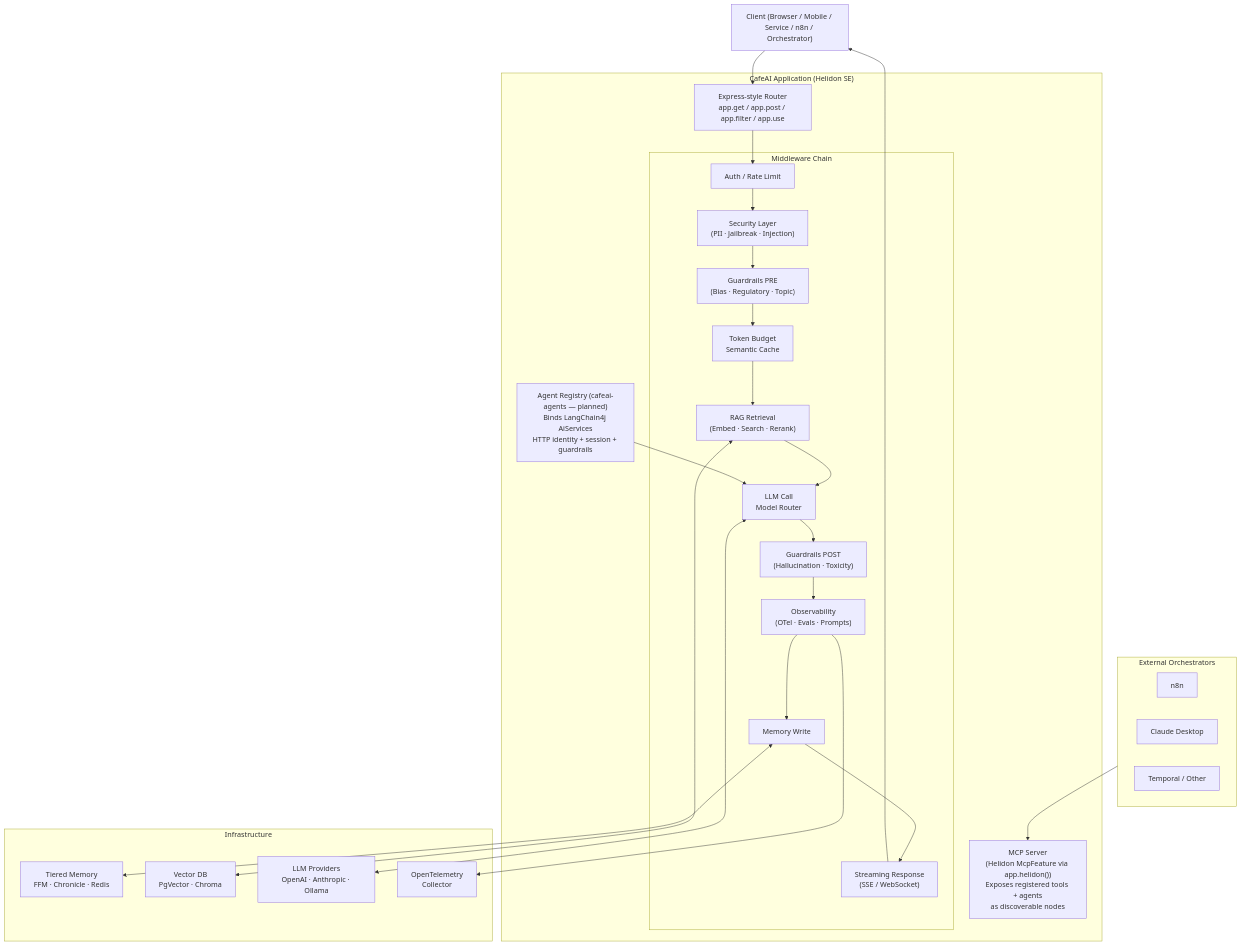
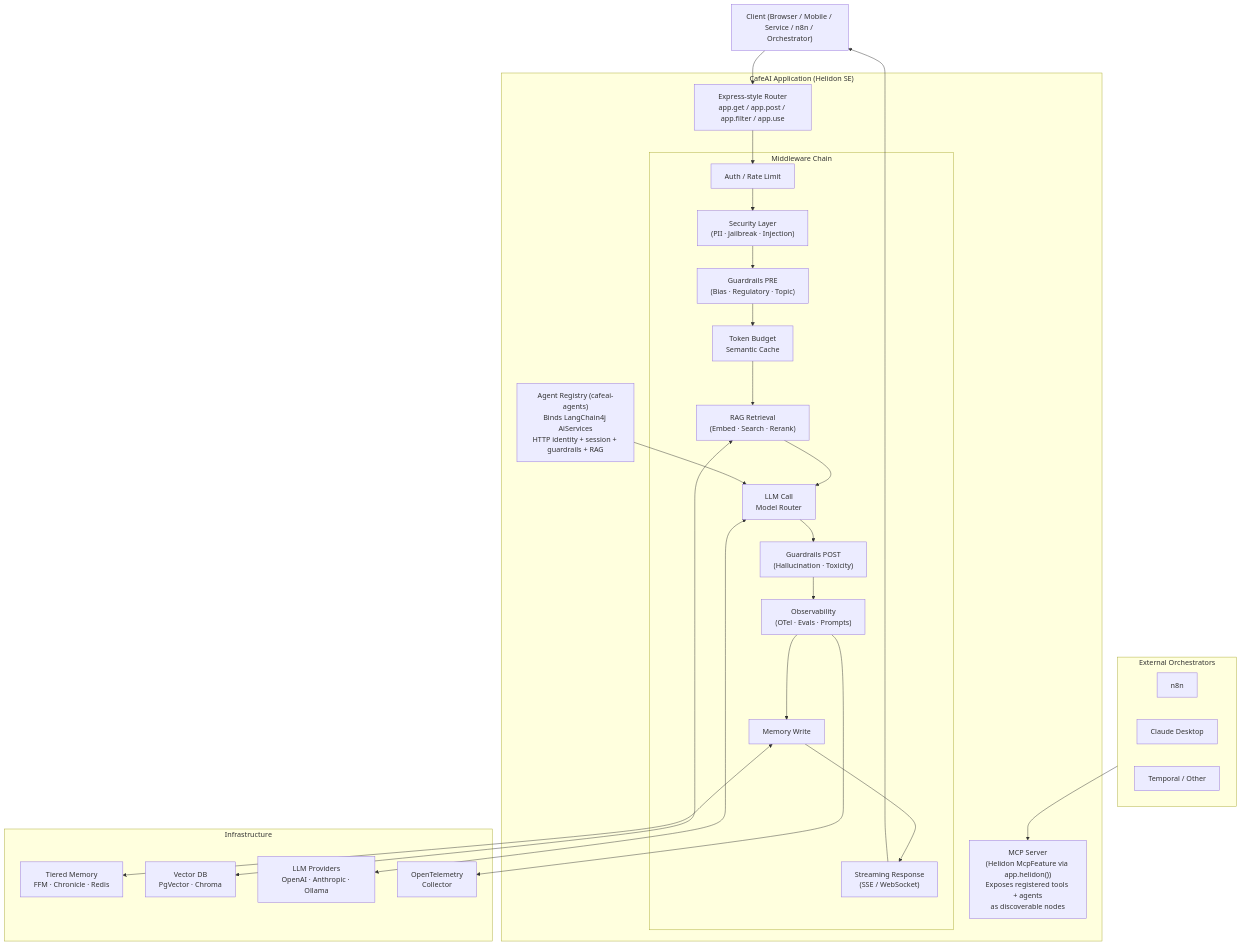
Before and after one commit to akilisha/cafeai: the diagram in docs/SPEC.md, drawn with Mermaid. The commit also changed other lines of this file and 11 other files, not shown here.

First line of the commit message:
chore: bump version to 0.2.0; finish roadmap doc scrub

````diff
--- a/docs/SPEC.md
+++ b/docs/SPEC.md
@@ -109,49 +109,49 @@
 ```mermaid
 graph TD
     Client["Client (Browser / Mobile / Service / n8n / Orchestrator)"]
 
     subgraph CafeAI["CafeAI Application (Helidon SE)"]
         Router["Express-style Router\napp.get / app.post / app.filter / app.use"]
 
         subgraph MW["Middleware Chain"]
             Auth["Auth / Rate Limit"]
             Security["Security Layer\n(PII · Jailbreak · Injection)"]
             GuardPre["Guardrails PRE\n(Bias · Regulatory · Topic)"]
             Cost["Token Budget\nSemantic Cache"]
             RAG["RAG Retrieval\n(Embed · Search · Rerank)"]
             LLM["LLM Call\nModel Router"]
             GuardPost["Guardrails POST\n(Hallucination · Toxicity)"]
             Observe["Observability\n(OTel · Evals · Prompts)"]
             MemWrite["Memory Write"]
             Stream["Streaming Response\n(SSE / WebSocket)"]
         end
 
         MCP["MCP Server\n(Helidon McpFeature via app.helidon())\nExposes registered tools + agents\nas discoverable nodes"]
-        Agents["Agent Registry (cafeai-agents — planned)\nBinds LangChain4j AiServices\nHTTP identity + session + guardrails"]
+        Agents["Agent Registry (cafeai-agents)\nBinds LangChain4j AiServices\nHTTP identity + session + guardrails + RAG"]
 
         Router --> Auth --> Security --> GuardPre --> Cost --> RAG --> LLM
         LLM --> GuardPost --> Observe --> MemWrite --> Stream
     end
 
     subgraph Infra["Infrastructure"]
         MemTier["Tiered Memory\nFFM · Chronicle · Redis"]
         VectorDB["Vector DB\nPgVector · Chroma"]
         Providers["LLM Providers\nOpenAI · Anthropic · Ollama"]
         OTel["OpenTelemetry\nCollector"]
     end
 
     subgraph External["External Orchestrators"]
         N8N["n8n"]
         Claude["Claude Desktop"]
         Temporal["Temporal / Other"]
     end
 
     Client --> Router
     Stream --> Client
     External --> MCP
     MemWrite <--> MemTier
     RAG <--> VectorDB
     LLM <--> Providers
     Observe --> OTel
     Agents --> LLM
 ```
````
